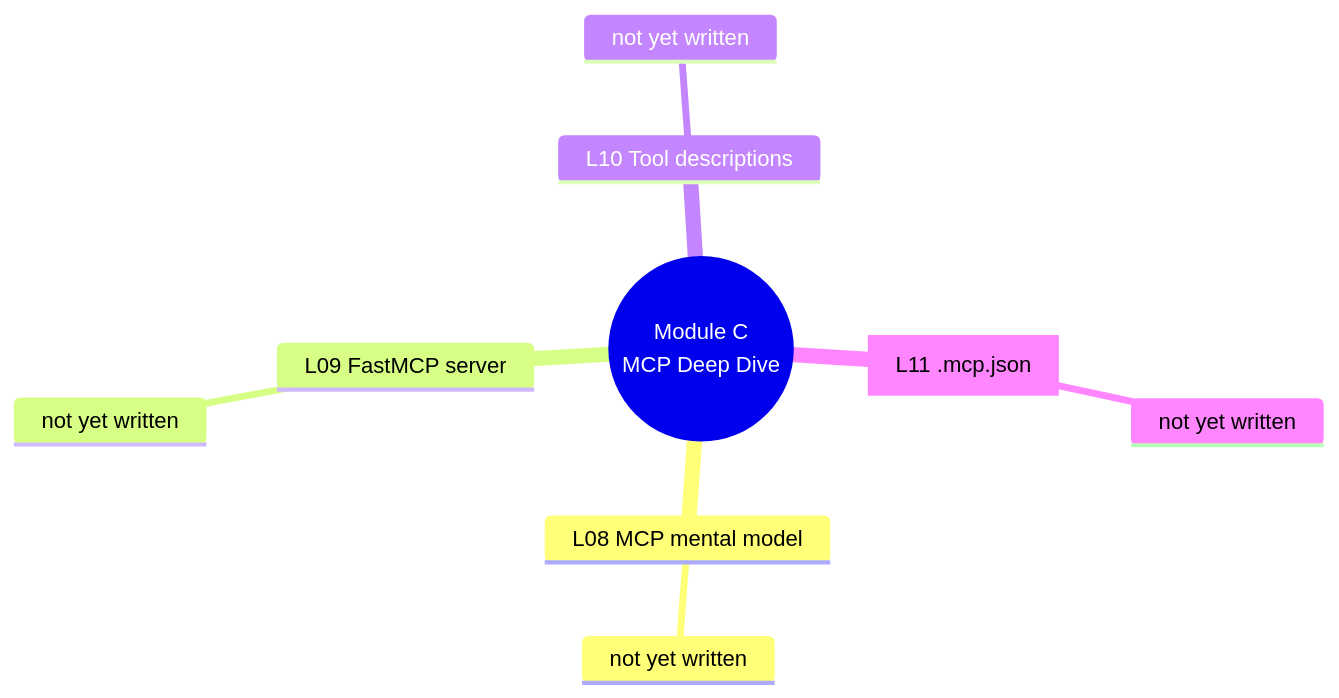
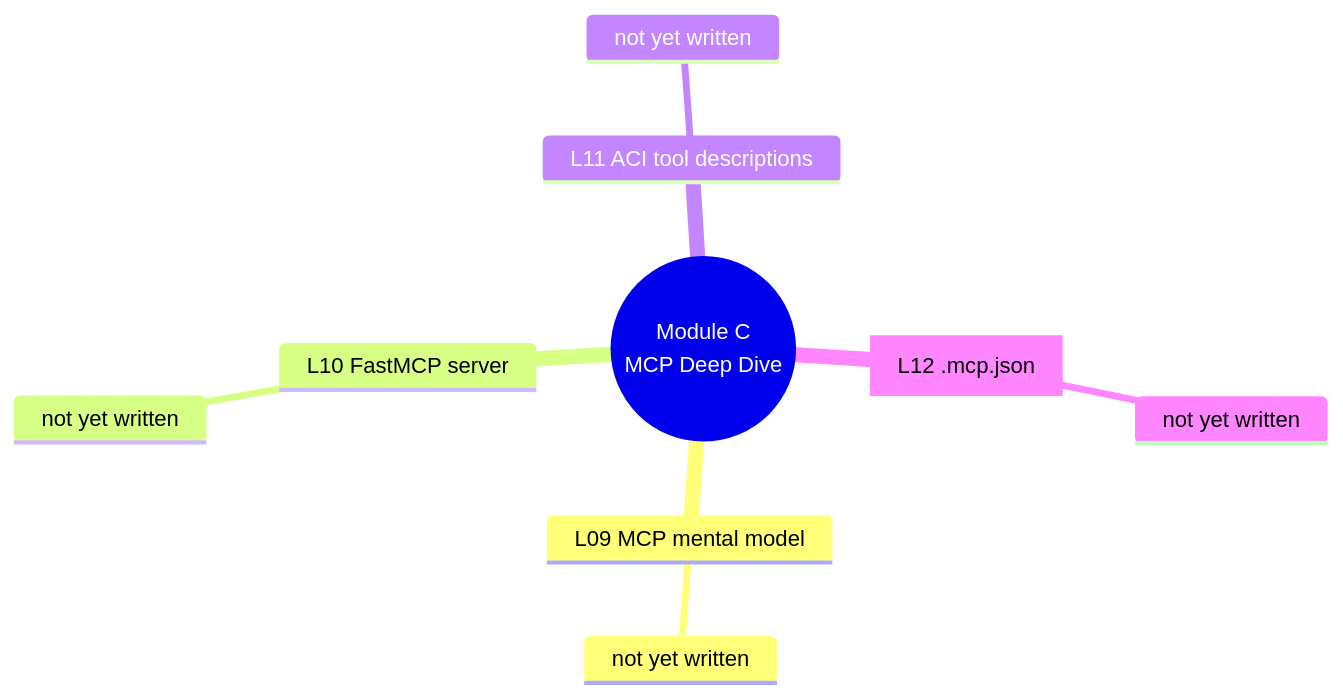
Before and after one commit to richierob62/claude-code-architect: the fourth of 10 diagrams in mindmap.md, drawn with Mermaid. The commit also changed other lines of this file and 3 other files, not shown here.

````diff
--- a/mindmap.md
+++ b/mindmap.md
@@ -128,12 +147,12 @@
 ```mermaid
 mindmap
   root((Module C<br/>MCP Deep Dive))
-    L08 MCP mental model
+    L09 MCP mental model
       not yet written
-    L09 FastMCP server
+    L10 FastMCP server
       not yet written
-    L10 Tool descriptions
+    L11 ACI tool descriptions
       not yet written
-    ["L11 .mcp.json"]
+    ["L12 .mcp.json"]
       not yet written
 ```
````
